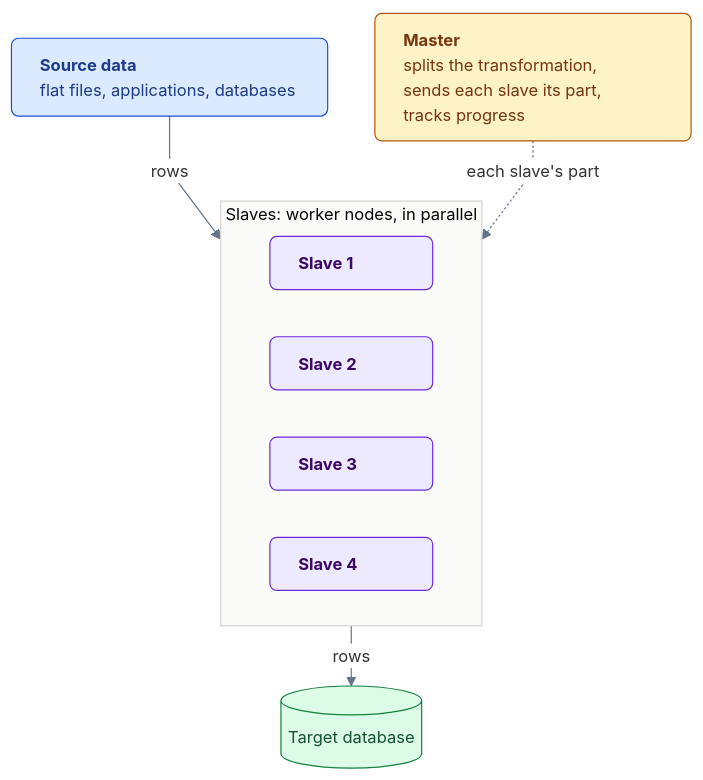
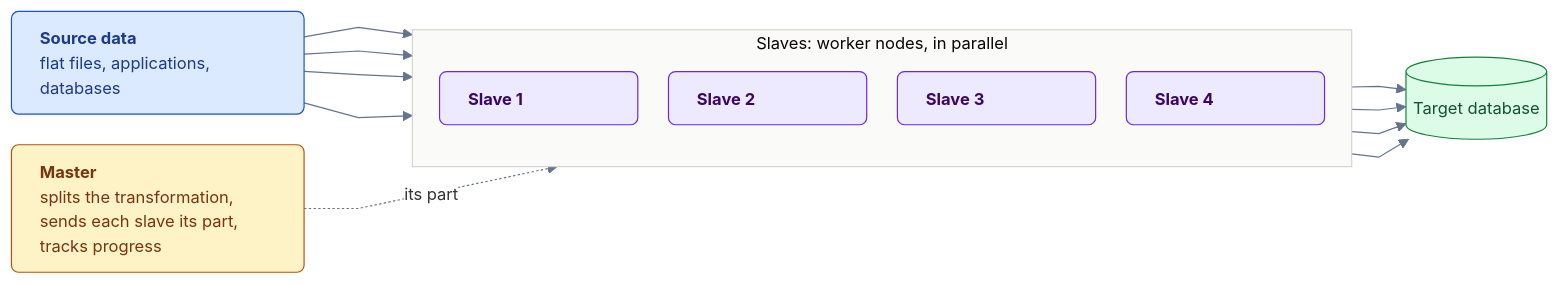
Before and after one commit to jporeilly/Pentaho-Courses: the diagram in developer-di-practitioner/_assets/diagrams/carte-cluster.mmd, drawn with Mermaid. The commit also changed 189 other files, not shown here.

Commit message:
DI Developer: meaningful image names, Carte cluster diagram, lab 05 time

```diff
--- a/developer-di-practitioner/_assets/diagrams/carte-cluster.mmd
+++ b/developer-di-practitioner/_assets/diagrams/carte-cluster.mmd
@@ -1,19 +1,25 @@
-%%{init: {"theme":"base","themeVariables":{"fontFamily":"Segoe UI, Helvetica, Arial, sans-serif","fontSize":"14px","lineColor":"#64748b","clusterBkg":"#fafaf9","clusterBorder":"#d6d3d1","edgeLabelBackground":"#ffffff"},"flowchart":{"curve":"linear","nodeSpacing":40,"rankSpacing":30,"padding":12,"htmlLabels":true}}}%%
-flowchart TB
+%%{init: {"theme":"base","themeVariables":{"fontFamily":"Segoe UI, Helvetica, Arial, sans-serif","fontSize":"14px","lineColor":"#64748b","clusterBkg":"#fafaf9","clusterBorder":"#d6d3d1","edgeLabelBackground":"#ffffff"},"flowchart":{"curve":"linear","nodeSpacing":26,"rankSpacing":46,"padding":12,"htmlLabels":true}}}%%
+flowchart LR
   classDef input fill:#dbeafe,stroke:#1d4ed8,color:#1e3a8a,text-align:left,rx:6,ry:6
   classDef enrich fill:#ede9fe,stroke:#6d28d9,color:#3b0764,text-align:left,rx:6,ry:6
   classDef output fill:#dcfce7,stroke:#15803d,color:#14532d,text-align:left,rx:6,ry:6
   classDef check fill:#fef3c7,stroke:#b45309,color:#78350f,text-align:left,rx:6,ry:6
-  SRC["<div style='width:220px'><b>Source data</b><br/>flat files, applications, databases</div>"]:::input
-  M["<div style='width:220px'><b>Master</b><br/>splits the transformation,<br/>sends each slave its part,<br/>tracks progress</div>"]:::check
+  M["<div style='width:200px'><b>Master</b><br/>splits the transformation,<br/>sends each slave its part,<br/>tracks progress</div>"]:::check
+  SRC["<div style='width:200px'><b>Source data</b><br/>flat files, applications,<br/>databases</div>"]:::input
   subgraph SL["Slaves: worker nodes, in parallel"]
-    direction LR
-    S1["<div style='width:90px'><b>Slave 1</b></div>"]:::enrich
-    S2["<div style='width:90px'><b>Slave 2</b></div>"]:::enrich
-    S3["<div style='width:90px'><b>Slave 3</b></div>"]:::enrich
-    S4["<div style='width:90px'><b>Slave 4</b></div>"]:::enrich
+    direction TB
+    S1["<div style='width:120px'><b>Slave 1</b></div>"]:::enrich
+    S2["<div style='width:120px'><b>Slave 2</b></div>"]:::enrich
+    S3["<div style='width:120px'><b>Slave 3</b></div>"]:::enrich
+    S4["<div style='width:120px'><b>Slave 4</b></div>"]:::enrich
   end
   T[("Target database")]:::output
-  SRC -->|"rows"| SL
-  M -.->|"each slave's part"| SL
-  SL -->|"rows"| T
+  M -.->|"its part"| SL
+  SRC --> S1
+  SRC --> S2
+  SRC --> S3
+  SRC --> S4
+  S1 --> T
+  S2 --> T
+  S3 --> T
+  S4 --> T
```
